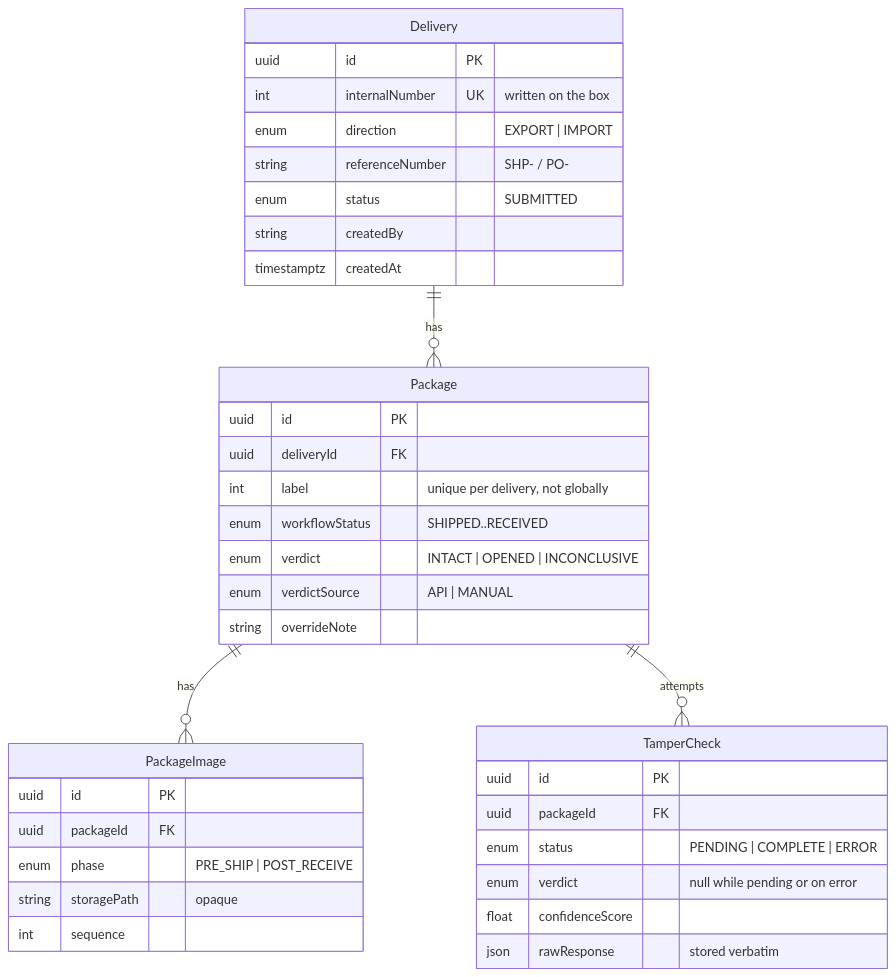
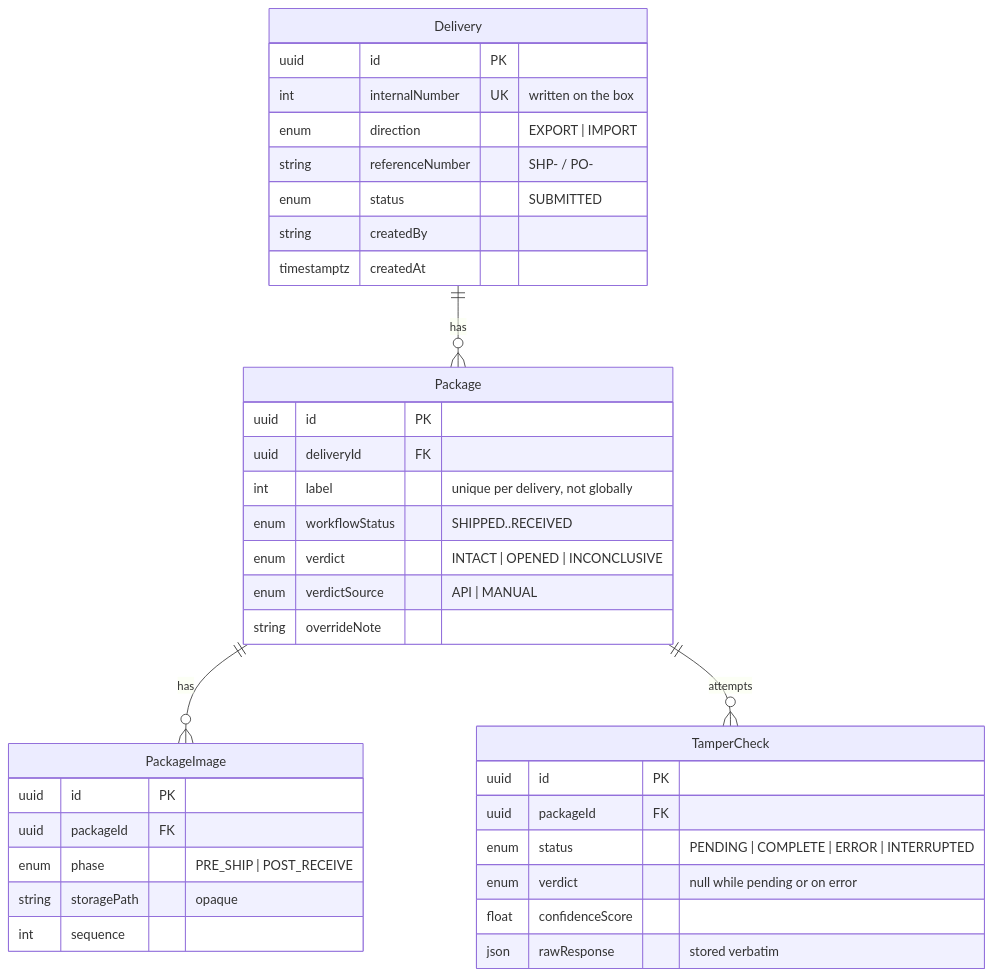
The third of 3 diagrams in docs/architecture.md (OmriGawi/package-protection), drawn with Mermaid before and after one commit. The commit also changed other lines of this file and 17 other files, not shown here.

````diff
--- a/docs/architecture.md
+++ b/docs/architecture.md
@@ -147,40 +160,40 @@
 ```mermaid
 erDiagram
   Delivery ||--o{ Package : "has"
   Package ||--o{ PackageImage : "has"
   Package ||--o{ TamperCheck : "attempts"
 
   Delivery {
     uuid id PK
     int internalNumber UK "written on the box"
     enum direction "EXPORT | IMPORT"
     string referenceNumber "SHP- / PO-"
     enum status "SUBMITTED"
     string createdBy
     timestamptz createdAt
   }
   Package {
     uuid id PK
     uuid deliveryId FK
     int label "unique per delivery, not globally"
     enum workflowStatus "SHIPPED..RECEIVED"
     enum verdict "INTACT | OPENED | INCONCLUSIVE"
     enum verdictSource "API | MANUAL"
     string overrideNote
   }
   PackageImage {
     uuid id PK
     uuid packageId FK
     enum phase "PRE_SHIP | POST_RECEIVE"
     string storagePath "opaque"
     int sequence
   }
   TamperCheck {
     uuid id PK
     uuid packageId FK
-    enum status "PENDING | COMPLETE | ERROR"
+    enum status "PENDING | COMPLETE | ERROR | INTERRUPTED"
     enum verdict "null while pending or on error"
     float confidenceScore
     json rawResponse "stored verbatim"
   }
 ```
````
